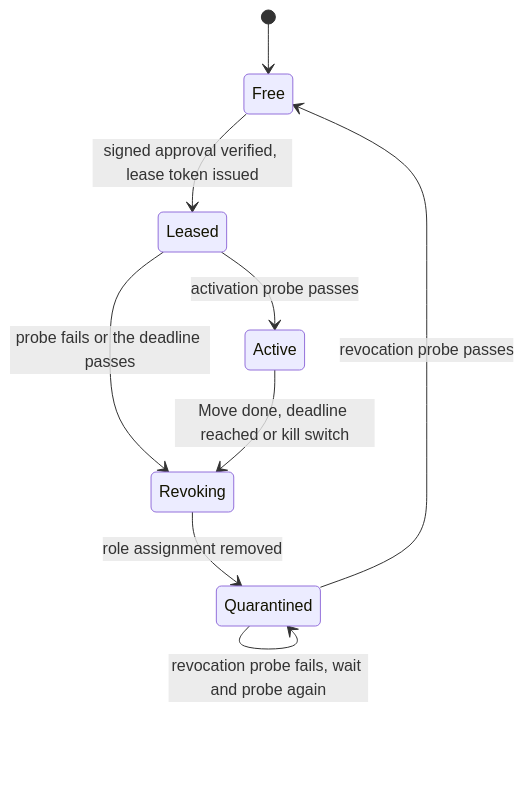
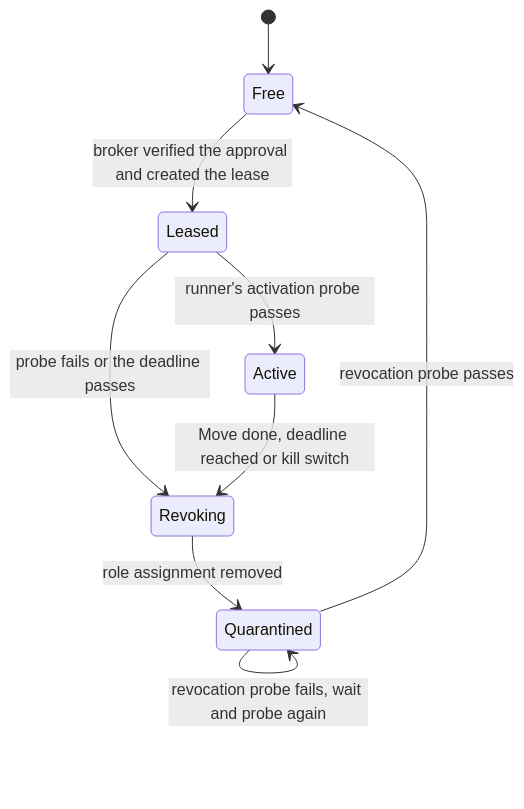
Before and after one commit to tinodo/meternaut: the third of 3 diagrams in docs/design/07-security-architecture.md, drawn with Mermaid. The commit also changed other lines of this file and 23 other files, not shown here.

````diff
--- a/docs/design/07-security-architecture.md
+++ b/docs/design/07-security-architecture.md
@@ -117,11 +159,11 @@
 ```mermaid
 stateDiagram-v2
     [*] --> Free
-    Free --> Leased: signed approval verified, lease token issued
-    Leased --> Active: activation probe passes
+    Free --> Leased: broker verified the approval and created the lease
+    Leased --> Active: runner's activation probe passes
     Leased --> Revoking: probe fails or the deadline passes
     Active --> Revoking: Move done, deadline reached or kill switch
     Revoking --> Quarantined: role assignment removed
     Quarantined --> Quarantined: revocation probe fails, wait and probe again
     Quarantined --> Free: revocation probe passes
 ```
````
